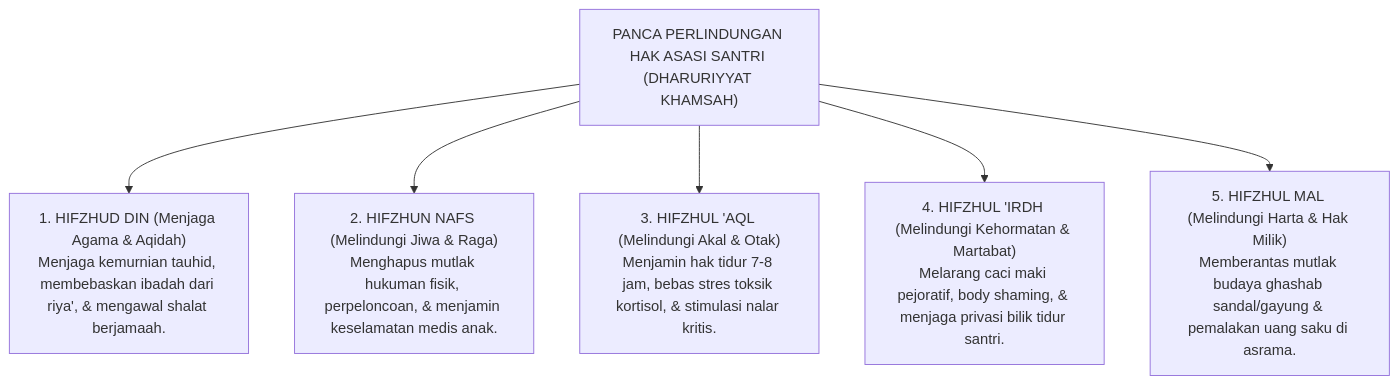
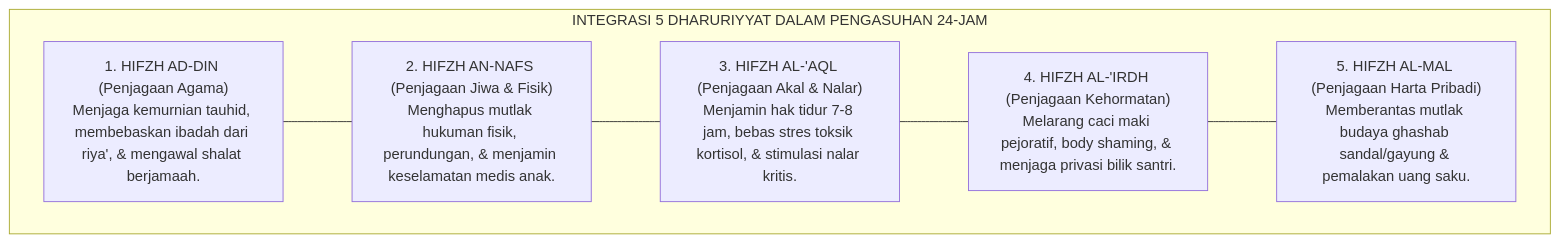
One commit to wandiapriliyandi/tumbuh changed the first of 2 diagrams in BOOK-SERIES/Volume-01/Bab-07-Aksiologi-dan-Maqashid-Syariah-Pengasuhan/02-Integrasi-Lima-Prinsip-Dharuriyyat-Pengasuhan.md. Above: the diagram before and after it, drawn with Mermaid. The commit also changed other lines of this file and 24 other files, not shown here.

Commit message:
feat(book-01): perkaya dan perdalam seluruh isi subbab bab 02 s.d. 07 dengan elaborasi komprehensif, analisis mendalam, dan diagram alur lengkap

````diff
--- a/BOOK-SERIES/Volume-01/Bab-07-Aksiologi-dan-Maqashid-Syariah-Pengasuhan/02-Integrasi-Lima-Prinsip-Dharuriyyat-Pengasuhan.md
+++ b/BOOK-SERIES/Volume-01/Bab-07-Aksiologi-dan-Maqashid-Syariah-Pengasuhan/02-Integrasi-Lima-Prinsip-Dharuriyyat-Pengasuhan.md
@@ -14,14 +25,16 @@
 ```mermaid
 graph TD
-    RootDharuriyyat["PANCA PERLINDUNGAN HAK ASASI SANTRI (DHARURIYYAT KHAMSAH)"]
-    
-    RootDharuriyyat --> D1["1. HIFZHUD DIN (Menjaga Agama & Aqidah)<br/>Menjaga kemurnian tauhid, membebaskan ibadah dari riya', & mengawal shalat berjamaah."]
-    
-    RootDharuriyyat --> D2["2. HIFZHUN NAFS (Melindungi Jiwa & Raga)<br/>Menghapus mutlak hukuman fisik, perpeloncoan, & menjamin keselamatan medis anak."]
-    
-    RootDharuriyyat --> D3["3. HIFZHUL 'AQL (Melindungi Akal & Otak)<br/>Menjamin hak tidur 7-8 jam, bebas stres toksik kortisol, & stimulasi nalar kritis."]
-    
-    RootDharuriyyat --> D4["4. HIFZHUL 'IRDH (Melindungi Kehormatan & Martabat)<br/>Melarang caci maki pejoratif, body shaming, & menjaga privasi bilik tidur santri."]
-    
-    RootDharuriyyat --> D5["5. HIFZHUL MAL (Melindungi Harta & Hak Milik)<br/>Memberantas mutlak budaya ghashab sandal/gayung & pemalakan uang saku di asrama."]
+    subgraph DharuriyyatTUMBUH["INTEGRASI 5 DHARURIYYAT DALAM PENGASUHAN 24-JAM"]
+        D1["1. HIFZH AD-DIN (Penjagaan Agama)<br/>Menjaga kemurnian tauhid, membebaskan ibadah dari riya', & mengawal shalat berjamaah."]
+        
+        D2["2. HIFZH AN-NAFS (Penjagaan Jiwa & Fisik)<br/>Menghapus mutlak hukuman fisik, perundungan, & menjamin keselamatan medis anak."]
+        
+        D3["3. HIFZH AL-'AQL (Penjagaan Akal & Nalar)<br/>Menjamin hak tidur 7-8 jam, bebas stres toksik kortisol, & stimulasi nalar kritis."]
+        
+        D4["4. HIFZH AL-'IRDH (Penjagaan Kehormatan)<br/>Melarang caci maki pejoratif, body shaming, & menjaga privasi bilik santri."]
+        
+        D5["5. HIFZH AL-MAL (Penjagaan Harta Pribadi)<br/>Memberantas mutlak budaya ghashab sandal/gayung & pemalakan uang saku."]
+        
+        D1 --- D2 --- D3 --- D4 --- D5
+    end
 ```
````
